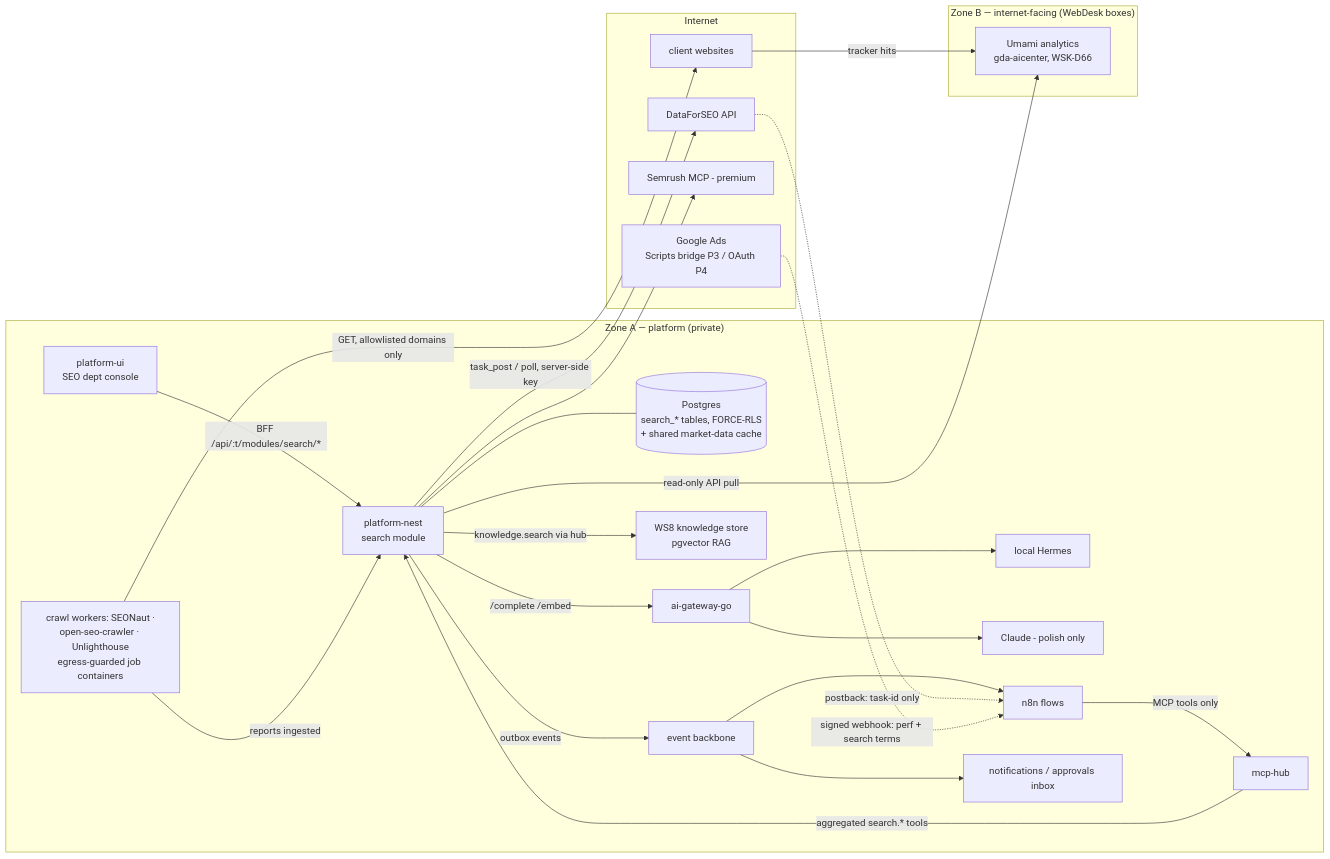
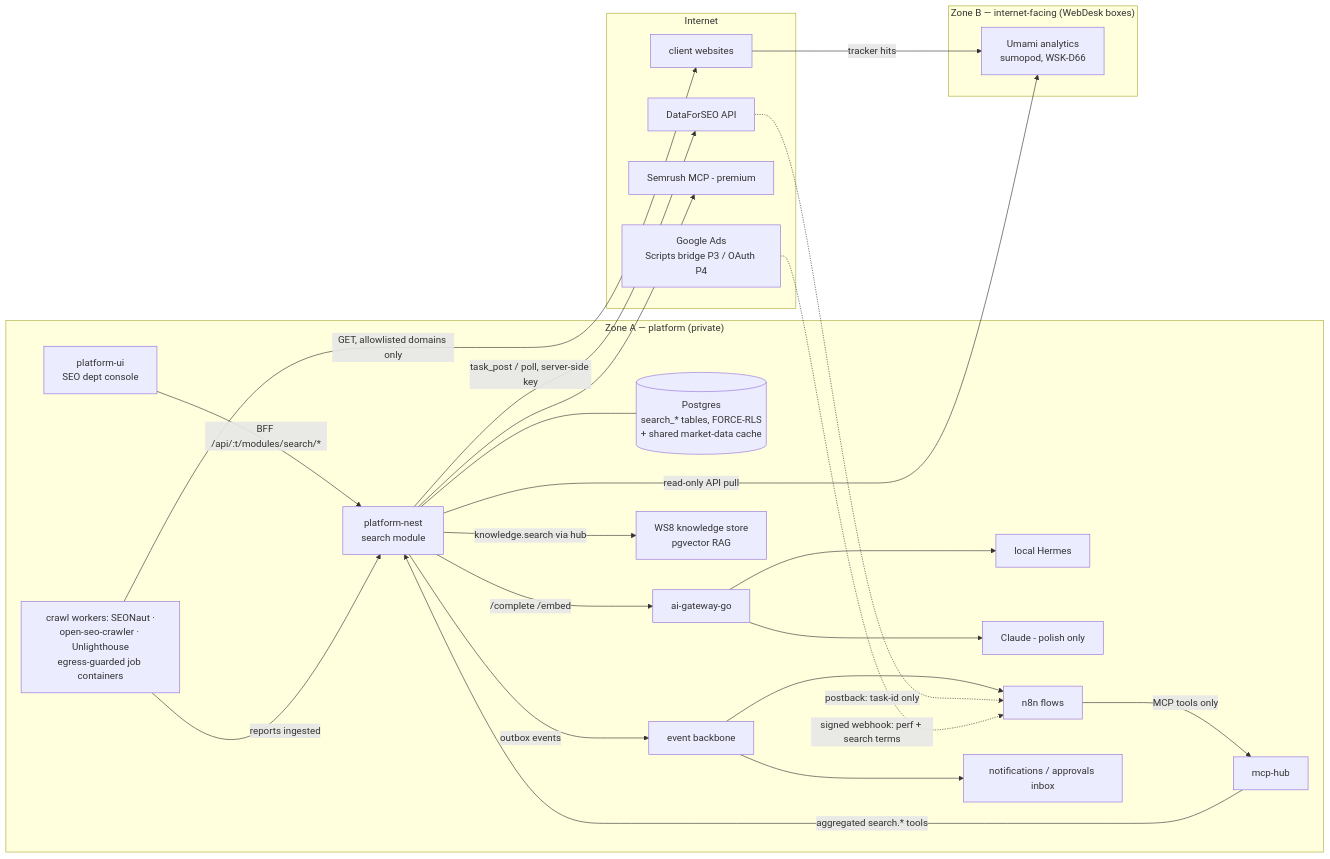
The first of 2 diagrams in docs/blueprints/seo-sem-design.md (hansel-gaiada/gaiada-system), drawn with Mermaid before and after one commit. The commit also changed other lines of this file and 4 other files, not shown here.

First line of the commit message:
docs/legal: Umami moves to sumopod (WSK-D66 amended) in the search docs, plans and addendum

````diff
--- a/docs/blueprints/seo-sem-design.md
+++ b/docs/blueprints/seo-sem-design.md
@@ -96,32 +96,32 @@
 ```mermaid
 flowchart LR
   subgraph ZA["Zone A — platform (private)"]
     UI[platform-ui<br/>SEO dept console] -->|BFF /api/:t/modules/search/*| PN[platform-nest<br/>search module]
     PN --- PDB[(Postgres<br/>search_* tables, FORCE-RLS<br/>+ shared market-data cache)]
     PN -->|/complete /embed| GW[ai-gateway-go]
     GW --> HERMES[local Hermes]
     GW --> CLAUDE[Claude - polish only]
     PN -->|knowledge.search via hub| WS8[WS8 knowledge store<br/>pgvector RAG]
     HUB[mcp-hub] -->|aggregated search.* tools| PN
     N8N[n8n flows] -->|MCP tools only| HUB
     PN -->|outbox events| EVT[event backbone] --> N8N
     EVT --> NOTIF[notifications / approvals inbox]
     CRAWL[crawl workers: SEONaut ·<br/>open-seo-crawler · Unlighthouse<br/>egress-guarded job containers] -->|reports ingested| PN
   end
   subgraph NET["Internet"]
     SITES[client websites]
     DFS[DataForSEO API]
     SEM2[Semrush MCP - premium]
     ADS[Google Ads<br/>Scripts bridge P3 / OAuth P4]
   end
   subgraph ZB["Zone B — internet-facing (WebDesk boxes)"]
-    UMAMI[Umami analytics<br/>gda-aicenter, WSK-D66]
+    UMAMI[Umami analytics<br/>sumopod, WSK-D66]
   end
   CRAWL -->|GET, allowlisted domains only| SITES
   PN -->|task_post / poll, server-side key| DFS
   DFS -.->|postback: task-id only| N8N
   PN --> SEM2
   ADS -.->|signed webhook: perf + search terms| N8N
   SITES -->|tracker hits| UMAMI
   PN -->|read-only API pull| UMAMI
 ```
````
